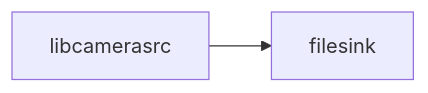
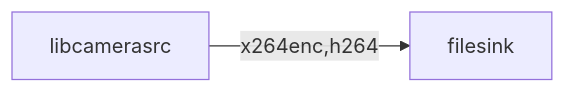
Diagram 23 of 31 in helper_GStreamer.md (lankahsu520/HelperX), drawn with Mermaid before and after one commit. The commit also changed other lines of this file, not shown here.

Commit message:
update helper_GStreamer.md, 13. libcamerasrc and 14. To rtspsink

````diff
--- a/helper_GStreamer.md
+++ b/helper_GStreamer.md
@@ -814,7 +794,7 @@
 ```mermaid
 flowchart LR
 	libcamerasrc[libcamerasrc]
 	filesink[filesink]
 
-	libcamerasrc --> filesink
+	libcamerasrc --> |x264enc,h264| filesink
 ```
````
